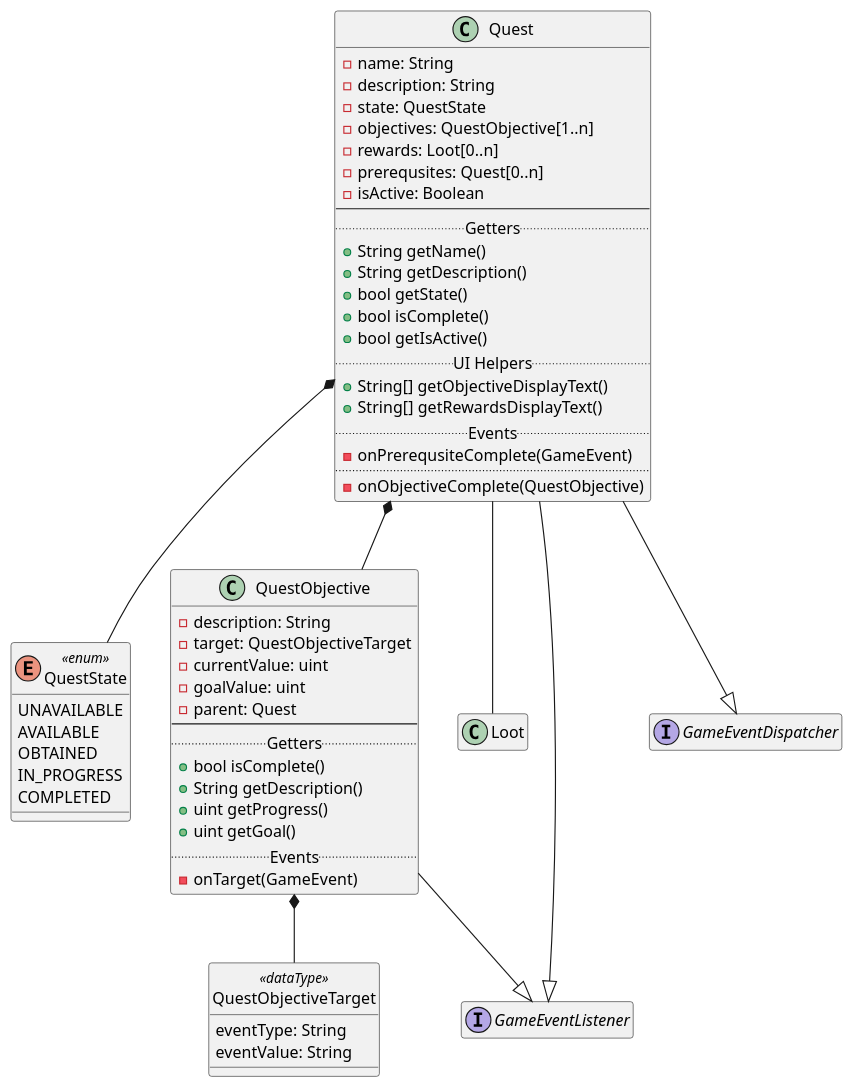
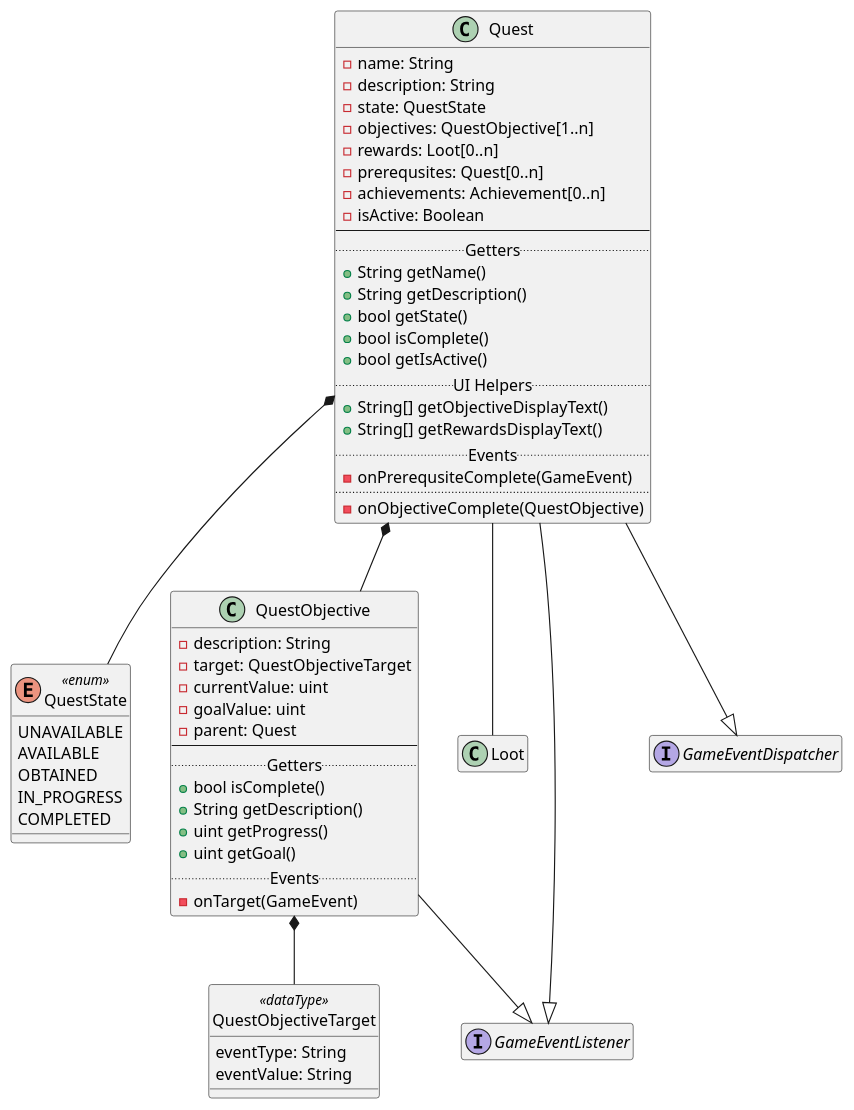
One commit to zachwlewis/6ft changed the diagram in quest-system-class-diagram.wsd. Above: the diagram before and after it, drawn with PlantUML. The commit also changed 2 other files, not shown here.

Commit message:
Added achievements.

```diff
--- a/quest-system-class-diagram.wsd
+++ b/quest-system-class-diagram.wsd
@@ -1,71 +1,72 @@
 @startuml
 Quest *-- QuestState
 Quest *-- QuestObjective
 Quest -- Loot
 QuestObjective *-- QuestObjectiveTarget
 Quest --|> GameEventListener
 Quest --|> GameEventDispatcher
 QuestObjective --|> GameEventListener
 
 interface GameEventListener
 interface GameEventDispatcher
 
 class Quest {
     - name: String
     - description: String
     - state: QuestState
     - objectives: QuestObjective[1..n]
     - rewards: Loot[0..n]
     - prerequsites: Quest[0..n]
+    - achievements: Achievement[0..n]
     - isActive: Boolean
     --
     .. Getters ..
     + String getName()
     + String getDescription()
     + bool getState()
     + bool isComplete()
     + bool getIsActive()
     .. UI Helpers ..
     + String[] getObjectiveDisplayText()
     + String[] getRewardsDisplayText()
     .. Events ..
     - onPrerequsiteComplete(GameEvent)
     ..
     - onObjectiveComplete(QuestObjective)
 }
 
 class QuestObjective {
     - description: String
     - target: QuestObjectiveTarget
     - currentValue: uint
     - goalValue: uint
     - parent: Quest
     --
     .. Getters ..
     + bool isComplete()
     + String getDescription()
     + uint getProgress()
     + uint getGoal()
     .. Events ..
     - onTarget(GameEvent)
 }
 
 enum QuestState <<enum>> {
     UNAVAILABLE
     AVAILABLE  
     OBTAINED   
     IN_PROGRESS
     COMPLETED 
 }
 
 class QuestObjectiveTarget <<dataType>> {
     eventType: String
     eventValue: String
 }
 
 hide QuestObjectiveTarget circle
 hide interface methods
 hide interface fields
 hide Loot methods
 hide Loot fields
 @enduml
```
